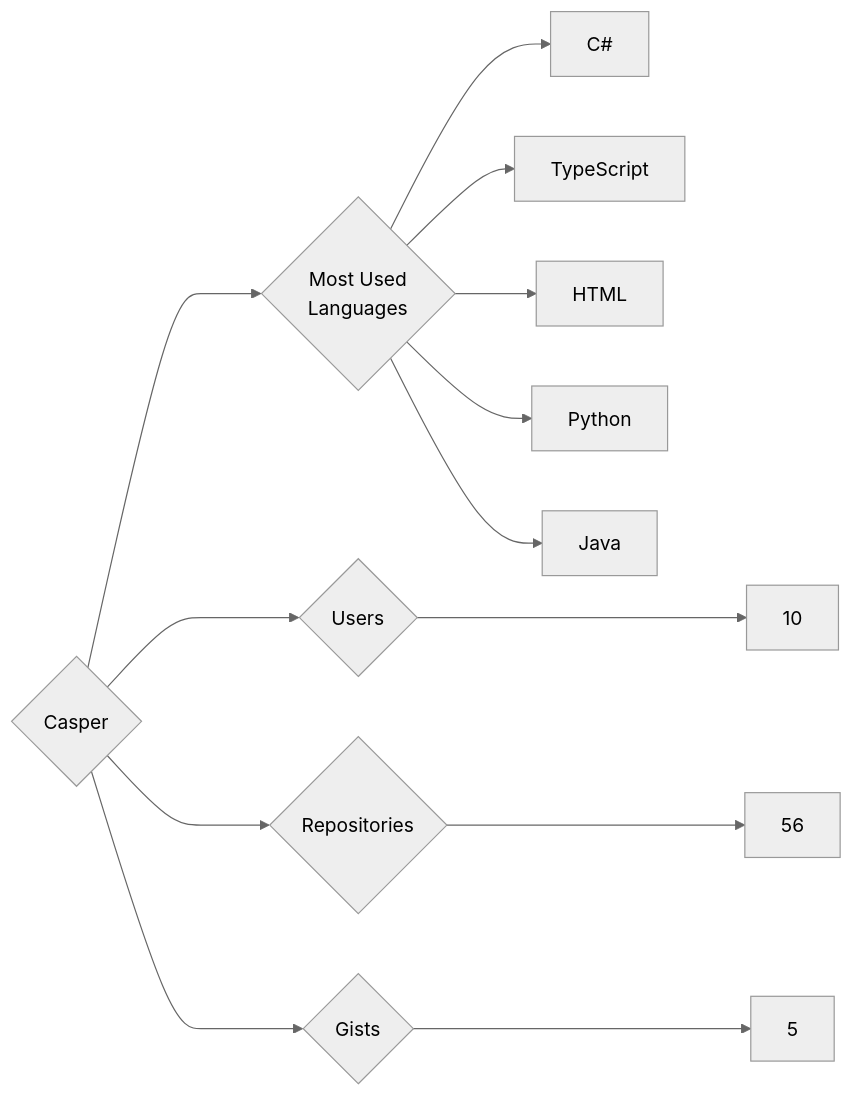
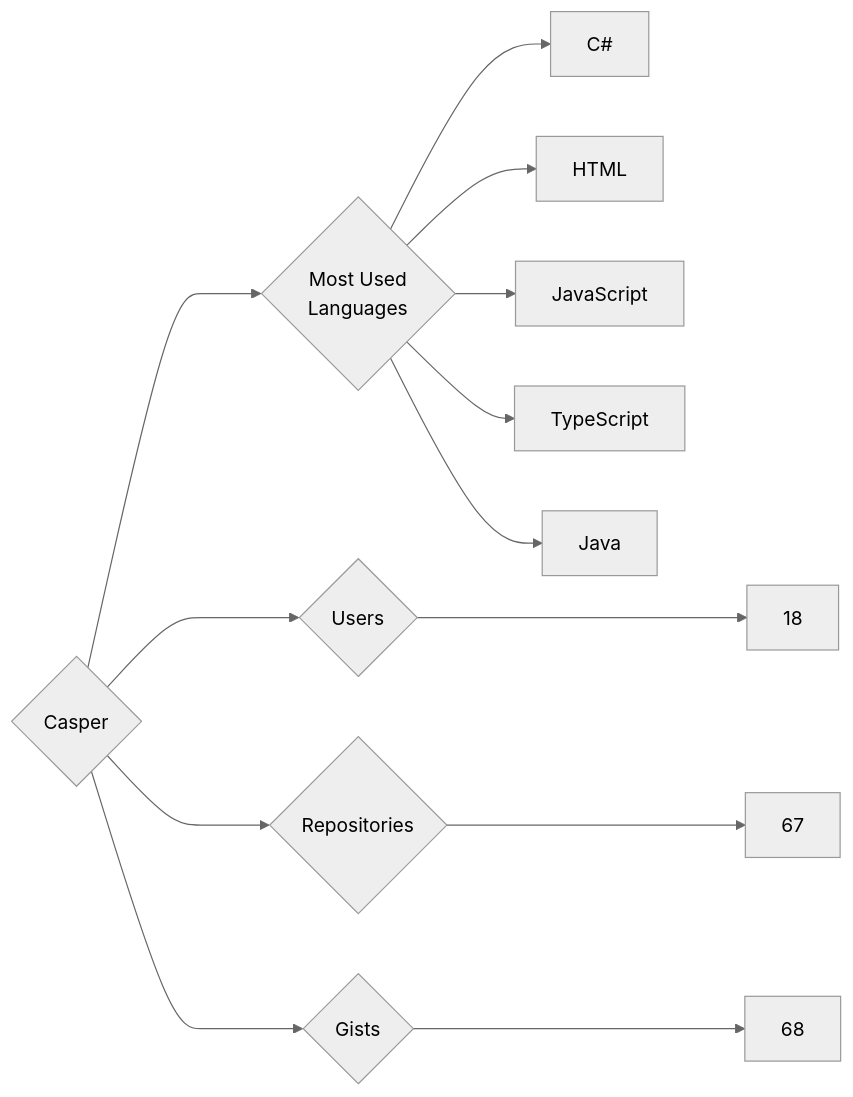
One commit to trickest/insiders changed the diagram in targets/Casper/README.md. Above: the diagram before and after it, drawn with Mermaid (neutral theme). The commit also changed 930 other files, not shown here.

````diff
--- a/targets/Casper/README.md
+++ b/targets/Casper/README.md
@@ -3,13 +3,13 @@
 ```mermaid
 graph LR
 COMPANY_NAME{Casper}
-COMPANY_NAME ---> U{Users} ---> UN[10]
-COMPANY_NAME ---> R{Repositories} ---> RN[56]
-COMPANY_NAME ---> G{Gists} ---> GN[5]
+COMPANY_NAME ---> U{Users} ---> UN[18]
+COMPANY_NAME ---> R{Repositories} ---> RN[67]
+COMPANY_NAME ---> G{Gists} ---> GN[68]
 COMPANY_NAME ---> ML{Most Used<br>Languages}
 ML --> C#[C#]
+ML --> HTML[HTML]
+ML --> JavaScript[JavaScript]
 ML --> TypeScript[TypeScript]
-ML --> HTML[HTML]
-ML --> Python[Python]
 ML --> Java[Java]
 ```
````
